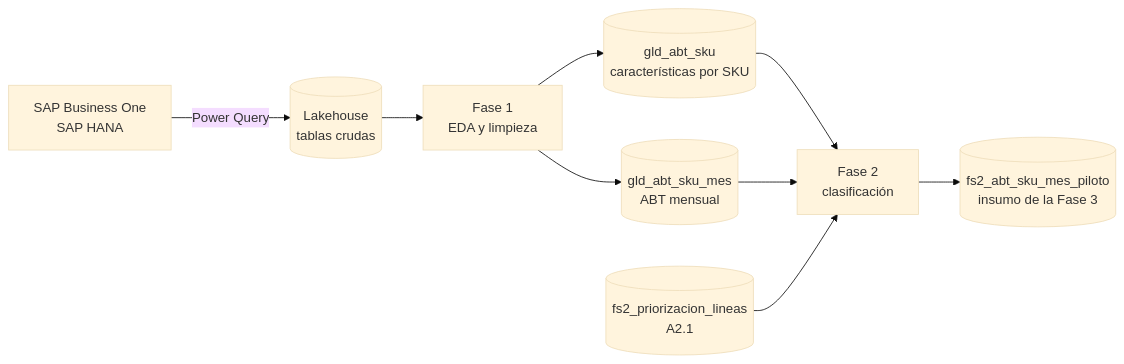
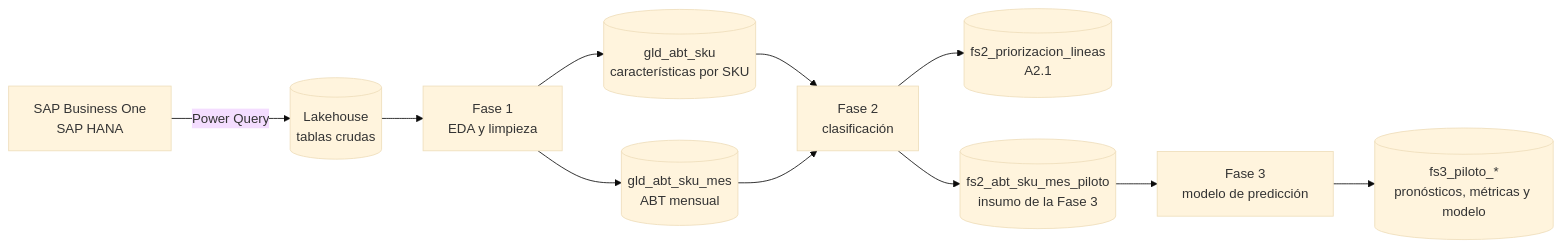
One commit to garena123escar/Tesis-Maestria changed the diagram in README.md. Above: the diagram before and after it, drawn with Mermaid (base theme). The commit also changed other lines of this file and 5 other files, not shown here.

````diff
--- a/README.md
+++ b/README.md
@@ -28,11 +30,13 @@
 ```mermaid
 flowchart LR
     A[SAP Business One<br/>SAP HANA] -->|Power Query| B[(Lakehouse<br/>tablas crudas)]
     B --> C[Fase 1<br/>EDA y limpieza]
     C --> D[(gld_abt_sku_mes<br/>ABT mensual)]
     C --> E[(gld_abt_sku<br/>características por SKU)]
     E --> F[Fase 2<br/>clasificación]
     D --> F
-    P[(fs2_priorizacion_lineas<br/>A2.1)] --> F
+    F --> P[(fs2_priorizacion_lineas<br/>A2.1)]
     F --> G[(fs2_abt_sku_mes_piloto<br/>insumo de la Fase 3)]
+    G --> H[Fase 3<br/>modelo de predicción]
+    H --> I[(fs3_piloto_*<br/>pronósticos, métricas y modelo)]
 ```
````
